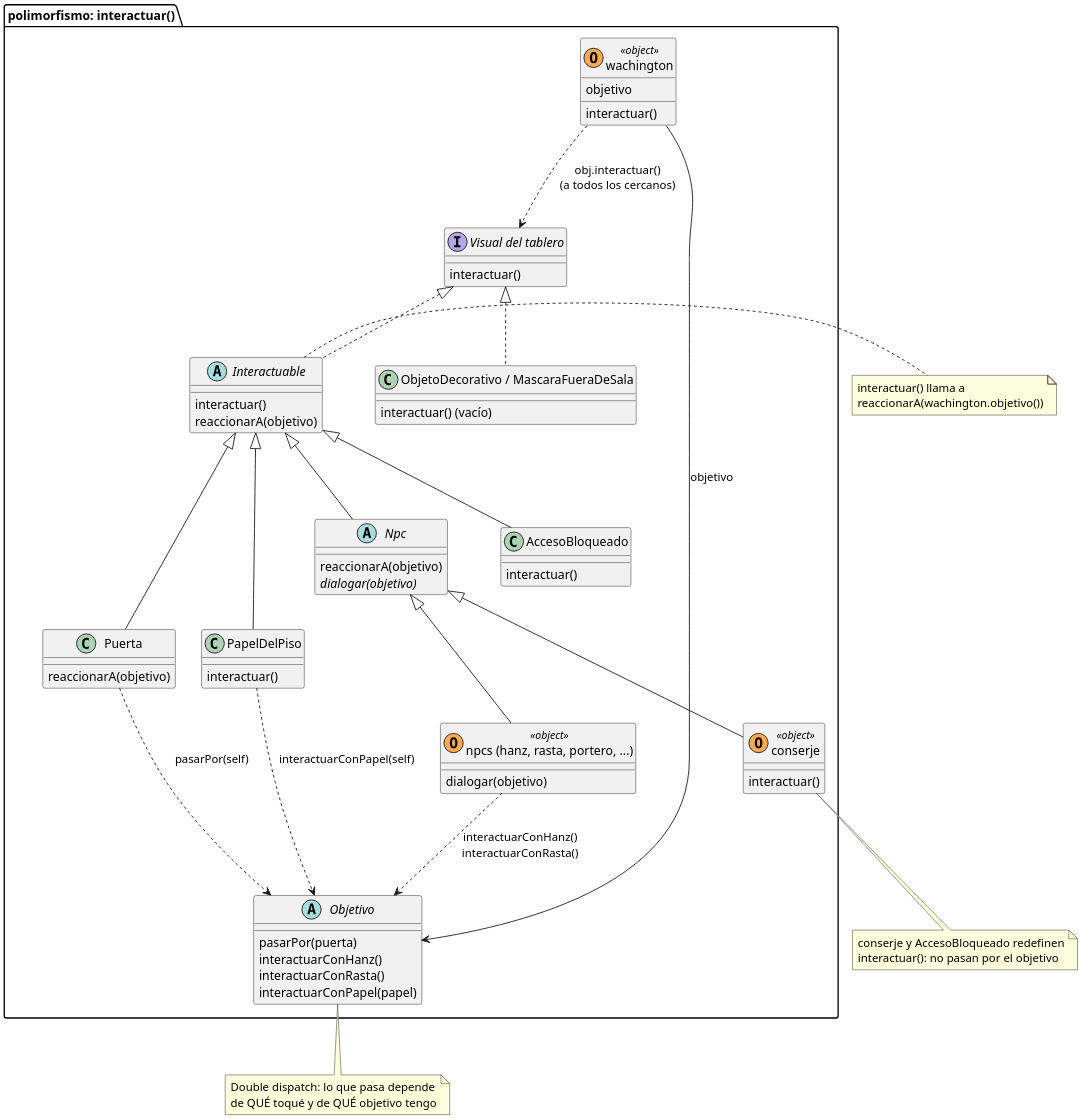
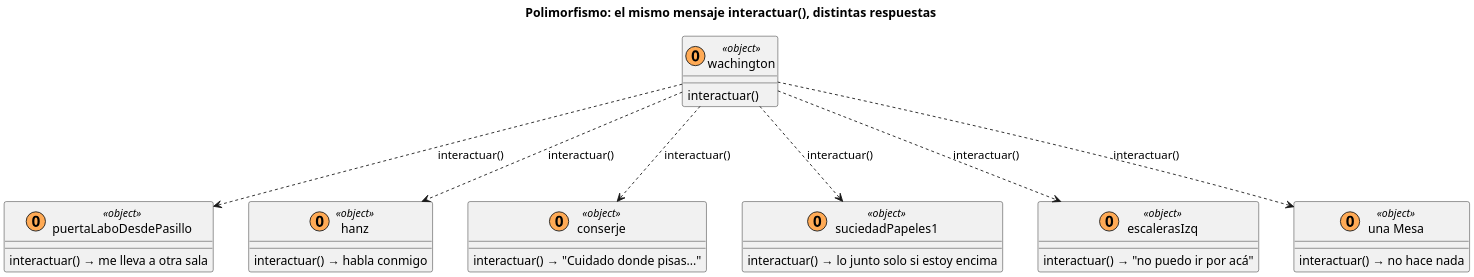
The diagram in Diagrama/polimorfismoInteractuar.puml (pdep-mit/tp-wg-2026-poder-Los_pollos_hermanos), drawn with PlantUML before and after one commit. The commit also changed 4 other files, not shown here.

Commit message:
diagramas para explicar cada tema (para PPT)

```diff
--- a/Diagrama/polimorfismoInteractuar.puml
+++ b/Diagrama/polimorfismoInteractuar.puml
@@ -1,90 +1,44 @@
-@startuml PolimorfismoInteractuar
+@startuml Polimorfismo
 
 skinparam dpi 200
-skinparam nodesep 60
-skinparam ranksep 80
+skinparam nodesep 40
+skinparam ranksep 90
 
-package "polimorfismo: interactuar()" {
-  class wachington <<(O,#FFAA55) object>> {
-    objetivo
-    interactuar()
-  }
+title Polimorfismo: el mismo mensaje interactuar(), distintas respuestas
 
-  interface "Visual del tablero" as Visual {
-    interactuar()
-  }
-
-  abstract class Interactuable {
-    interactuar()
-    reaccionarA(objetivo)
-  }
-
-  class Puerta {
-    reaccionarA(objetivo)
-  }
-
-  abstract class Npc {
-    reaccionarA(objetivo)
-    {abstract} dialogar(objetivo)
-  }
-
-  class "npcs (hanz, rasta, portero, ...)" as npcs <<(O,#FFAA55) object>> {
-    dialogar(objetivo)
-  }
-
-  class conserje <<(O,#FFAA55) object>> {
-    interactuar()
-  }
-
-  class PapelDelPiso {
-    interactuar()
-  }
-
-  class AccesoBloqueado {
-    interactuar()
-  }
-
-  class "ObjetoDecorativo / MascaraFueraDeSala" as noHacenNada {
-    interactuar() (vacío)
-  }
-
-  abstract class Objetivo {
-    pasarPor(puerta)
-    interactuarConHanz()
-    interactuarConRasta()
-    interactuarConPapel(papel)
-  }
+class wachington <<(O,#FFAA55) object>> {
+  interactuar()
 }
 
-wachington ..> Visual : obj.interactuar()\n(a todos los cercanos)
-wachington --> Objetivo : objetivo
+class puertaLaboDesdePasillo <<(O,#FFAA55) object>> {
+  interactuar() → me lleva a otra sala
+}
 
-Visual <|.. Interactuable
-Visual <|.. noHacenNada
-Interactuable <|-- Puerta
-Interactuable <|-- Npc
-Interactuable <|-- PapelDelPiso
-Interactuable <|-- AccesoBloqueado
-Npc <|-- npcs
-Npc <|-- conserje
+class hanz <<(O,#FFAA55) object>> {
+  interactuar() → habla conmigo
+}
 
-Puerta ..> Objetivo : pasarPor(self)
-npcs ..> Objetivo : interactuarConHanz()\ninteractuarConRasta()
-PapelDelPiso ..> Objetivo : interactuarConPapel(self)
+class conserje <<(O,#FFAA55) object>> {
+  interactuar() → "Cuidado donde pisas..."
+}
 
-note right of Interactuable
-  interactuar() llama a
-  reaccionarA(wachington.objetivo())
-end note
+class suciedadPapeles1 <<(O,#FFAA55) object>> {
+  interactuar() → lo junto solo si estoy encima
+}
 
-note bottom of conserje
-  conserje y AccesoBloqueado redefinen
-  interactuar(): no pasan por el objetivo
-end note
+class escalerasIzq <<(O,#FFAA55) object>> {
+  interactuar() → "no puedo ir por acá"
+}
 
-note bottom of Objetivo
-  Double dispatch: lo que pasa depende
-  de QUÉ toqué y de QUÉ objetivo tengo
-end note
+class "una Mesa" as mesa <<(O,#FFAA55) object>> {
+  interactuar() → no hace nada
+}
+
+wachington ..> puertaLaboDesdePasillo : interactuar()
+wachington ..> hanz : interactuar()
+wachington ..> conserje : interactuar()
+wachington ..> suciedadPapeles1 : interactuar()
+wachington ..> escalerasIzq : interactuar()
+wachington ..> mesa : interactuar()
 
 @enduml
```
